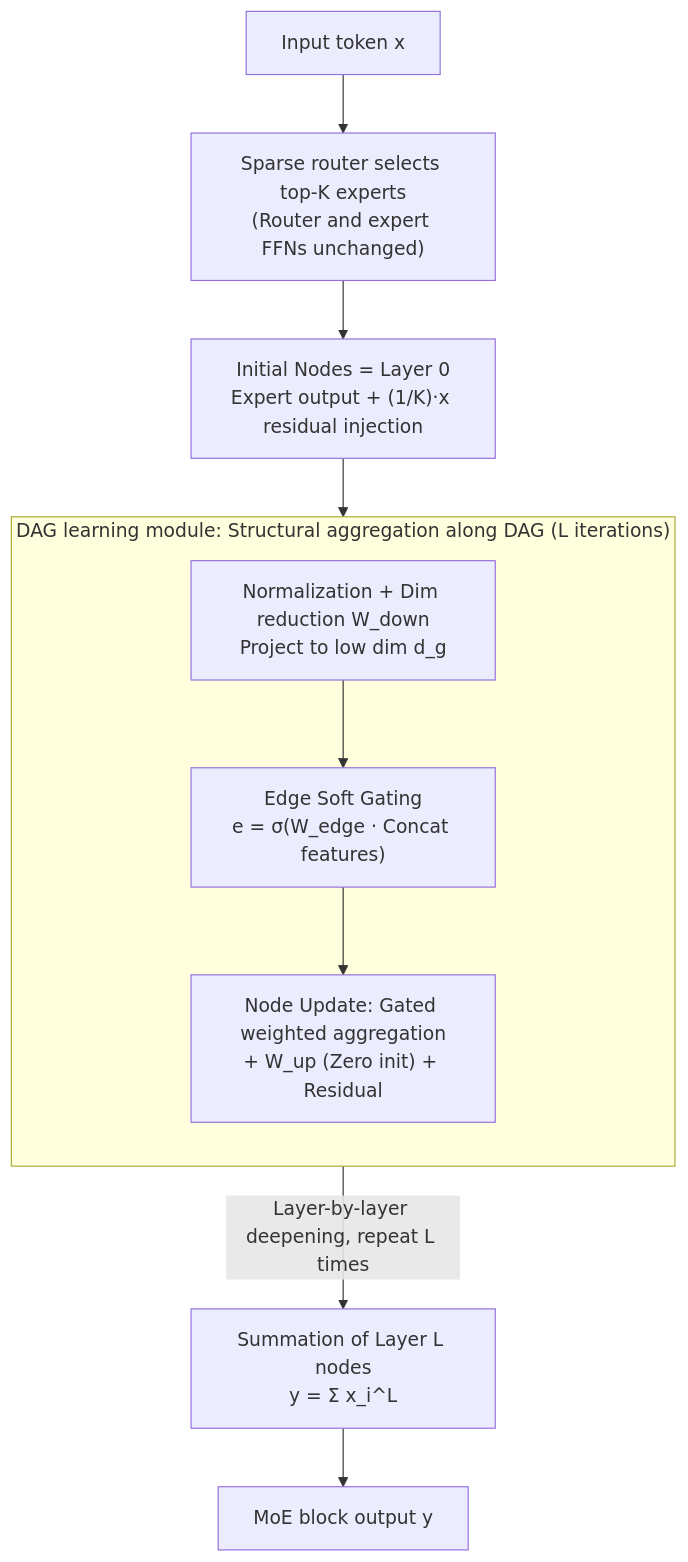
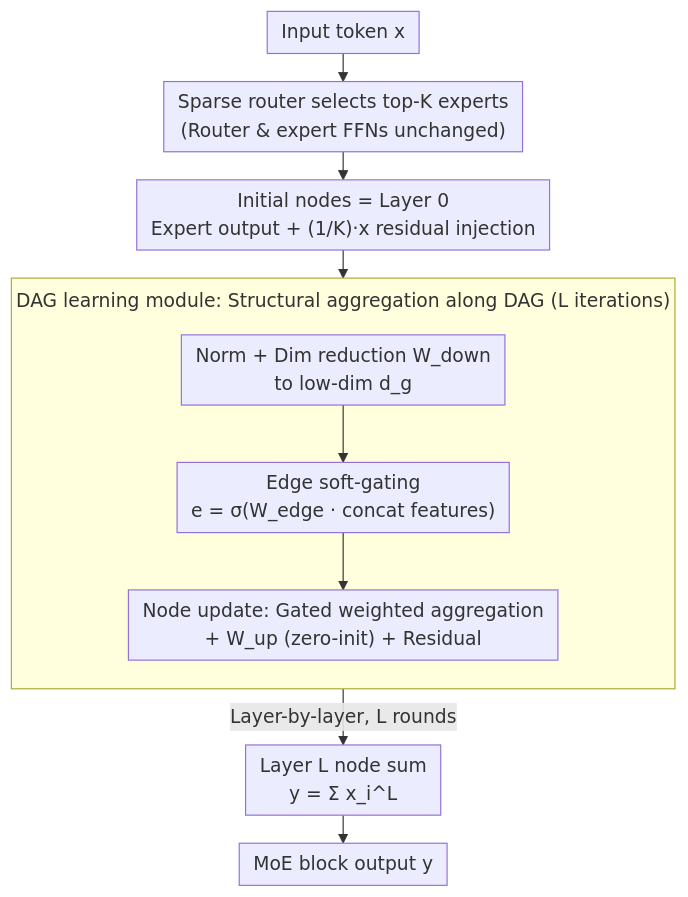
One commit to zhaoyang97/Paper-Notes-en changed the diagram in docs/ICML2026/model_compression/dag-moe_from_simple_mixture_to_structural_aggregation_in_mixture-of-experts.md. Above: the diagram before and after it, drawn with Mermaid. The commit also changed other lines of this file and 5084 other files, not shown here.

````diff
--- a/docs/ICML2026/model_compression/dag-moe_from_simple_mixture_to_structural_aggregation_in_mixture-of-experts.md
+++ b/docs/ICML2026/model_compression/dag-moe_from_simple_mixture_to_structural_aggregation_in_mixture-of-experts.md
@@ -44,13 +44,14 @@
 ```mermaid
-graph TD
-    X["Input token x"] --> R["Sparse router selects top-K experts<br/>(Router and expert FFNs unchanged)"]
-    R --> N0["Initial Nodes = Layer 0<br/>Expert output + (1/K)·x residual injection"]
+%%{init: {'flowchart': {'rankSpacing': 24, 'nodeSpacing': 28, 'padding': 6, 'wrappingWidth': 400, 'subGraphTitleMargin': {'top': 8, 'bottom': 16}}}}%%
+flowchart TD
+    X["Input token x"] --> R["Sparse router selects top-K experts<br/>(Router & expert FFNs unchanged)"]
+    R --> N0["Initial nodes = Layer 0<br/>Expert output + (1/K)·x residual injection"]
     subgraph DAG["DAG learning module: Structural aggregation along DAG (L iterations)"]
         direction TB
-        A["Normalization + Dim reduction W_down<br/>Project to low dim d_g"] --> B["Edge Soft Gating<br/>e = σ(W_edge · Concat features)"]
-        B --> C["Node Update: Gated weighted aggregation<br/>+ W_up (Zero init) + Residual"]
+        A["Norm + Dim reduction W_down<br/>to low-dim d_g"] --> B["Edge soft-gating<br/>e = σ(W_edge · concat features)"]
+        B --> C["Node update: Gated weighted aggregation<br/>+ W_up (zero-init) + Residual"]
     end
     N0 --> DAG
-    DAG -->|"Layer-by-layer deepening, repeat L times"| S["Summation of Layer L nodes<br/>y = Σ x_i^L"]
+    DAG -->|"Layer-by-layer, L rounds"| S["Layer L node sum<br/>y = Σ x_i^L"]
     S --> OUT["MoE block output y"]
 ```
````
